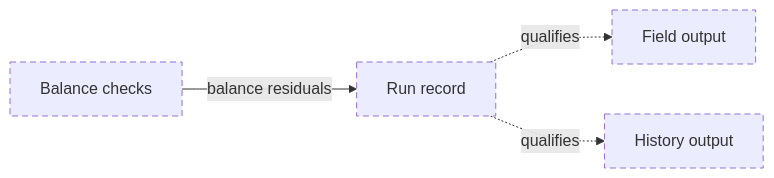
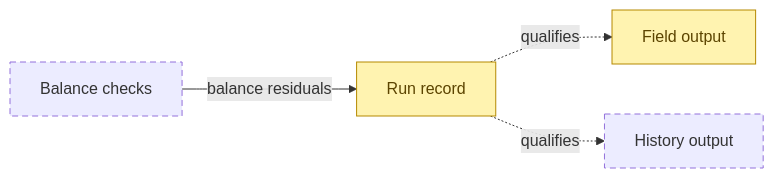
Diagram 14 of 15 in Planning/DBC/CONCEPTS.md (aurja130/URUS), drawn with Mermaid before and after one commit. The commit also changed other lines of this file and 5 other files, not shown here.

````diff
--- a/Planning/DBC/CONCEPTS.md
+++ b/Planning/DBC/CONCEPTS.md
@@ -370,11 +371,12 @@
 ```mermaid
 flowchart LR
 classDef implemented fill:#c8e6c9,stroke:#2e7d32,color:#1b5e20
 classDef partial fill:#fff3b0,stroke:#b58900,color:#5c4400
 classDef planned stroke-dasharray:6 4
 classDef external fill:#eeeeee,stroke:#9e9e9e,stroke-dasharray:1 3,color:#616161
 BalanceChecks["Balance checks"] -->|balance residuals| RunRecord["Run record"]
 RunRecord -.->|qualifies| FieldOutput["Field output"]
 RunRecord -.->|qualifies| HistoryOutput["History output"]
-class BalanceChecks,RunRecord,FieldOutput,HistoryOutput planned
+class BalanceChecks,HistoryOutput planned
+class RunRecord,FieldOutput partial
 ```
````
